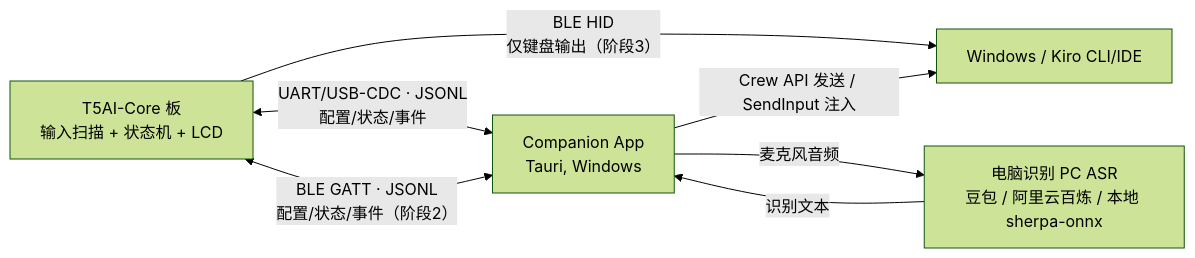
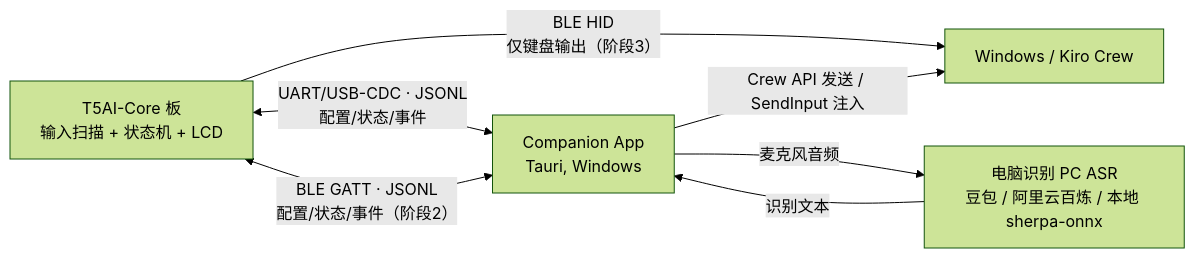
The diagram in shared/protocol/protocol.md (techeditor/ki-board-on-tuya), drawn with Mermaid (forest theme) before and after one commit. The commit also changed other lines of this file and 245 other files, not shown here.

````diff
--- a/shared/protocol/protocol.md
+++ b/shared/protocol/protocol.md
@@ -19,14 +18,14 @@
 ```mermaid
 flowchart LR
   Board[T5AI-Core 板<br/>输入扫描 + 状态机 + LCD]
   Companion[Companion App<br/>Tauri, Windows]
-  Host[Windows / Kiro CLI/IDE]
+  Host[Windows / Kiro Crew]
   ASR[电脑识别 PC ASR<br/>豆包 / 阿里云百炼 / 本地 sherpa-onnx]
 
   Board -- BLE HID<br/>仅键盘输出（阶段3） --> Host
   Board <-- UART/USB-CDC · JSONL<br/>配置/状态/事件 --> Companion
   Board <-- BLE GATT · JSONL<br/>配置/状态/事件（阶段2） --> Companion
   Companion -- 麦克风音频 --> ASR
   ASR -- 识别文本 --> Companion
   Companion -- Crew API 发送 / SendInput 注入 --> Host
 ```
````
